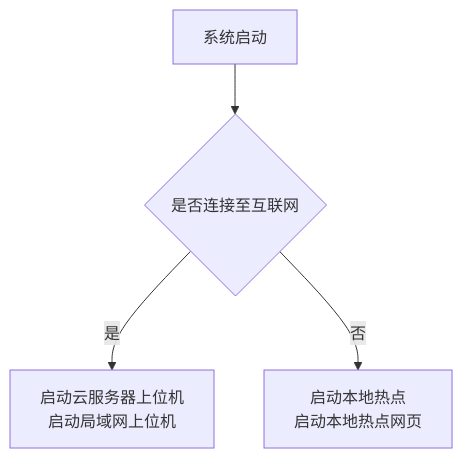
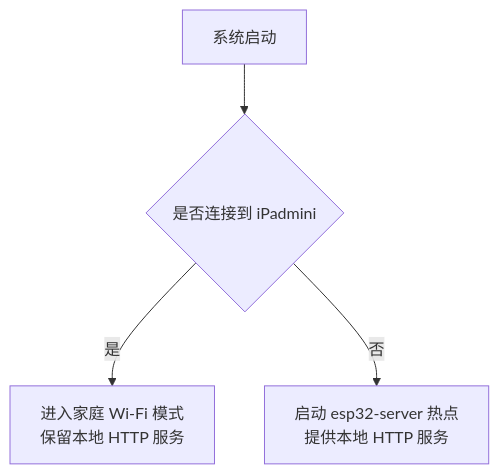
Before and after one commit to MentonLiu/esp32_home: the diagram in doc/server/功能要求.md, drawn with Mermaid. The commit also changed other lines of this file and 66 other files, not shown here.

Commit message:
完善项目中文注释并更新结构图，清理占位目录

````diff
--- a/doc/server/功能要求.md
+++ b/doc/server/功能要求.md
@@ -17,6 +21,6 @@
 ```mermaid
-    flowchart TD
-    A[系统启动] --> B{是否连接至互联网}
-    B -->|是| C[启动云服务器上位机<br>启动局域网上位机]
-    B -->|否| D[启动本地热点<br>启动本地热点网页]
+flowchart TD
+    A[系统启动] --> B{是否连接到 iPadmini}
+    B -->|是| C[进入家庭 Wi-Fi 模式<br>保留本地 HTTP 服务]
+    B -->|否| D[启动 esp32-server 热点<br>提供本地 HTTP 服务]
 ```
````
